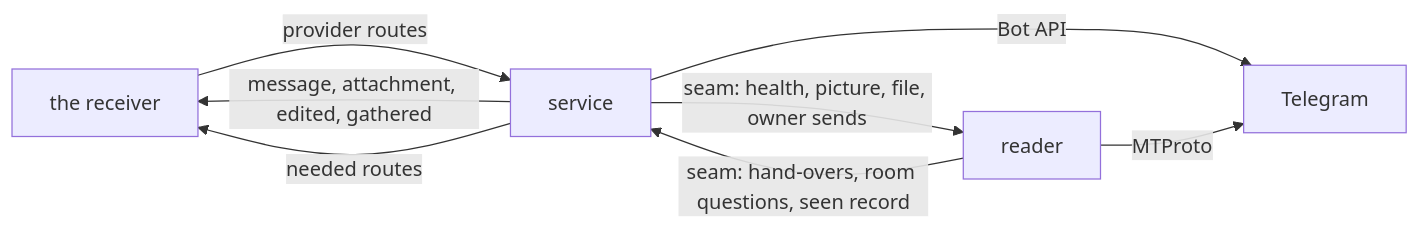
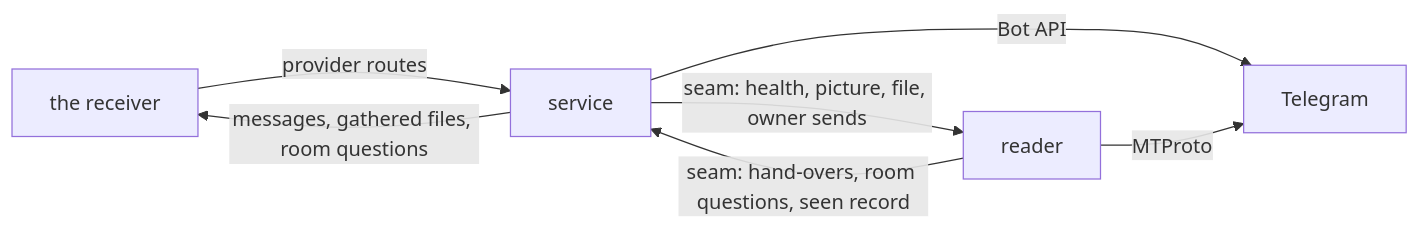
Before and after one commit to ahas/bmo-telegram: the diagram in docs/boundary-api.md, drawn with Mermaid. The commit also changed other lines of this file and 54 other files, not shown here.

````diff
--- a/docs/boundary-api.md
+++ b/docs/boundary-api.md
@@ -16,10 +16,9 @@
 ```mermaid
 flowchart LR
   Rx[the receiver] -->|provider routes| S[service]
-  S -->|message, attachment, edited, gathered| Rx
-  S -->|needed routes| Rx
+  S -->|messages, gathered files, room questions| Rx
   S -->|Bot API| TG[Telegram]
   S -->|seam: health, picture, file, owner sends| R[reader]
   R -->|seam: hand-overs, room questions, seen record| S
   R -->|MTProto| TG
 ```
````
